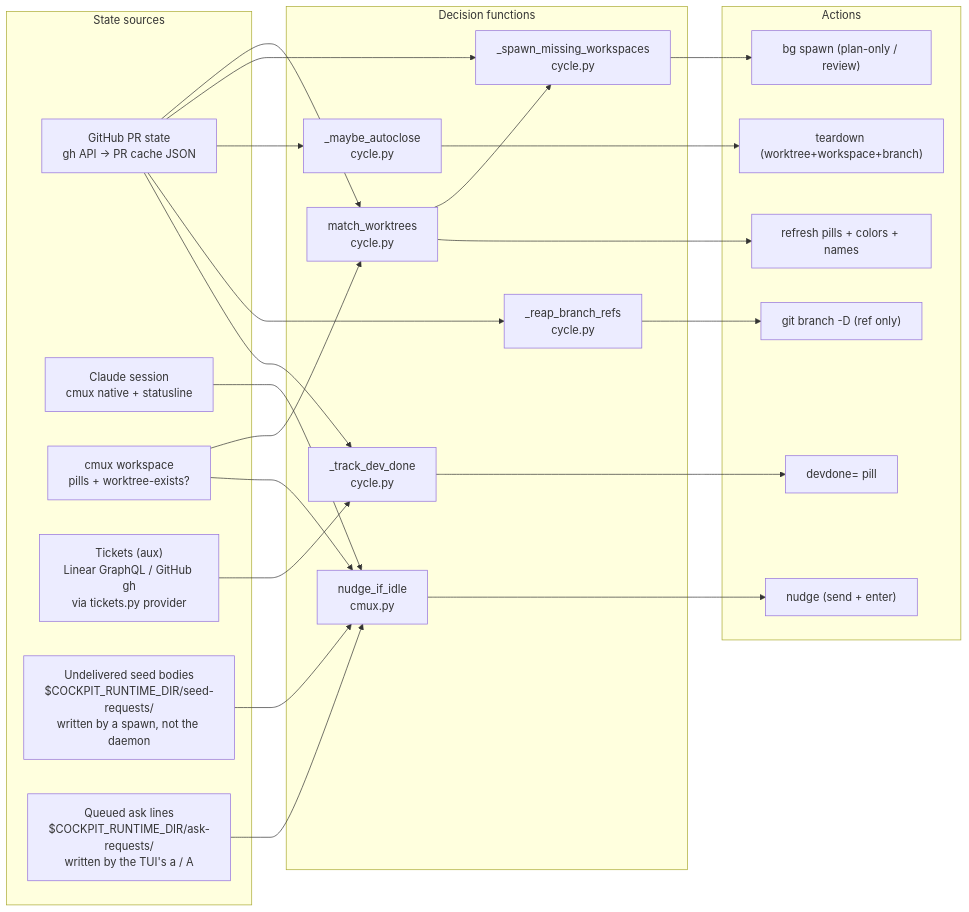
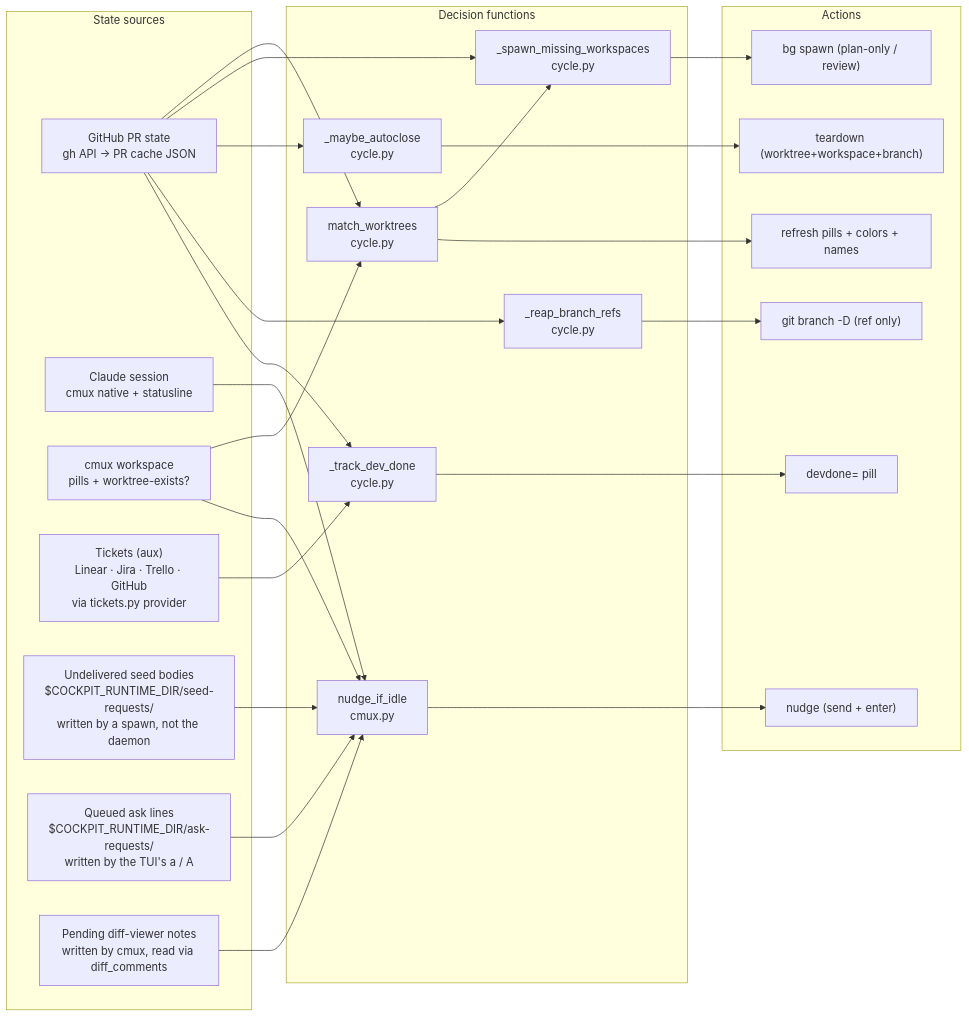
Before and after one commit to khivi/cockpit: the first of 5 diagrams in docs/state-machine.md, drawn with Mermaid. The commit also changed other lines of this file and 2 other files, not shown here.

````diff
--- a/docs/state-machine.md
+++ b/docs/state-machine.md
@@ -58,45 +58,47 @@
 ```mermaid
 flowchart LR
   subgraph SRC["State sources"]
     GH["GitHub PR state<br/>gh API → PR cache JSON"]
     CL["Claude session<br/>cmux native + statusline"]
     CM["cmux workspace<br/>pills + worktree-exists?"]
-    LIN["Tickets (aux)<br/>Linear GraphQL / GitHub gh<br/>via tickets.py provider"]
+    LIN["Tickets (aux)<br/>Linear · Jira · Trello · GitHub<br/>via tickets.py provider"]
     SQ["Undelivered seed bodies<br/>$COCKPIT_RUNTIME_DIR/seed-requests/<br/>written by a spawn, not the daemon"]
     AQ["Queued ask lines<br/>$COCKPIT_RUNTIME_DIR/ask-requests/<br/>written by the TUI's a / A"]
+    DC["Pending diff-viewer notes<br/>written by cmux, read via diff_comments"]
   end
 
   subgraph DEC["Decision functions"]
     MW["match_worktrees<br/>cycle.py"]
     SM["_spawn_missing_workspaces<br/>cycle.py"]
     NI["nudge_if_idle<br/>cmux.py"]
     DD["_track_dev_done<br/>cycle.py"]
     AC["_maybe_autoclose<br/>cycle.py"]
     BR["_reap_branch_refs<br/>cycle.py"]
   end
 
   subgraph ACT["Actions"]
     A1["bg spawn (plan-only / review)"]
     A2["nudge (send + enter)"]
     A4["teardown (worktree+workspace+branch)"]
     A5["refresh pills + colors + names"]
     A6["git branch -D (ref only)"]
     A7["devdone= pill"]
   end
 
   GH --> MW & SM & AC & BR
   GH --> DD
   CM --> MW & NI
   CL --> NI
   SQ --> NI
   AQ --> NI
+  DC --> NI
   LIN --> DD
 
   MW --> SM
   SM --> A1
   NI --> A2
   AC --> A4
   MW --> A5
   BR --> A6
   DD --> A7
 ```
````
